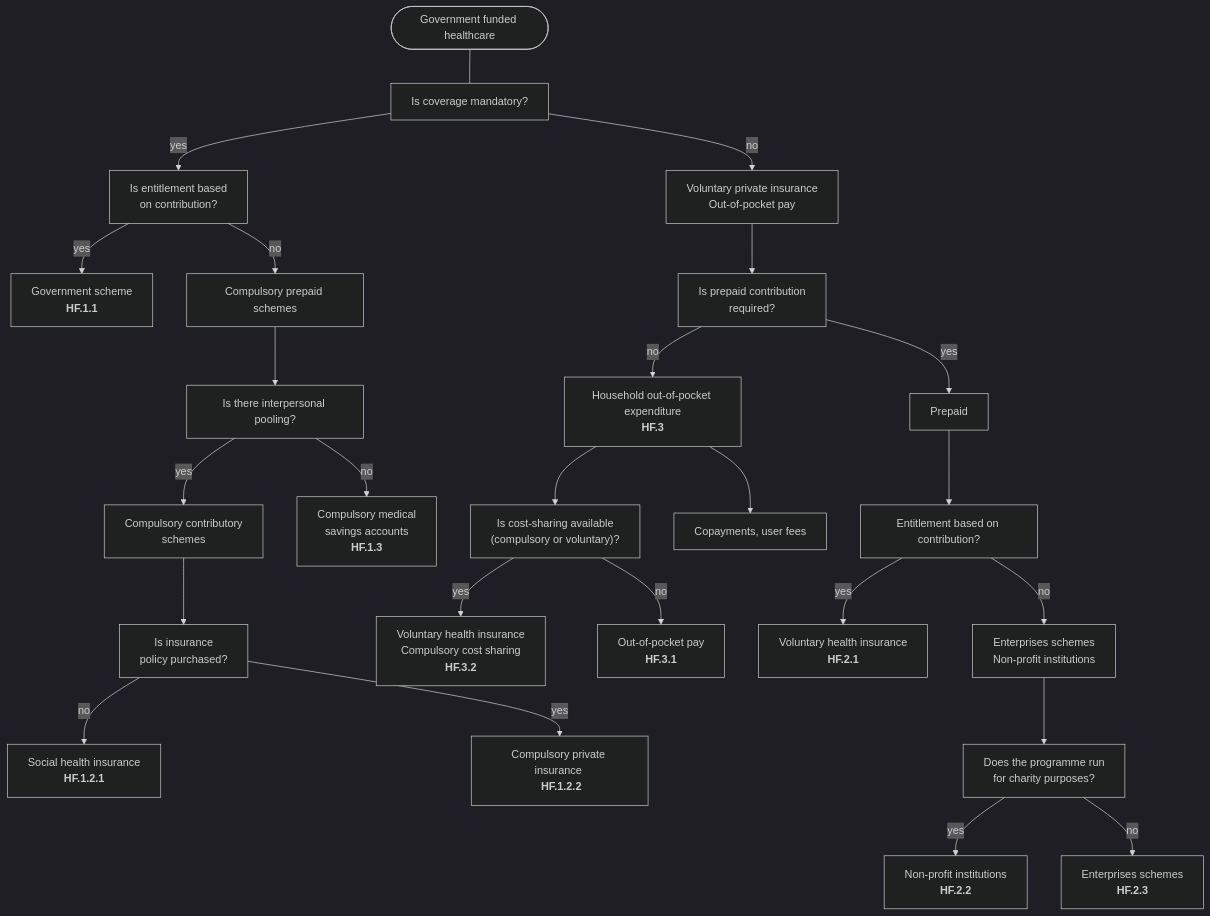
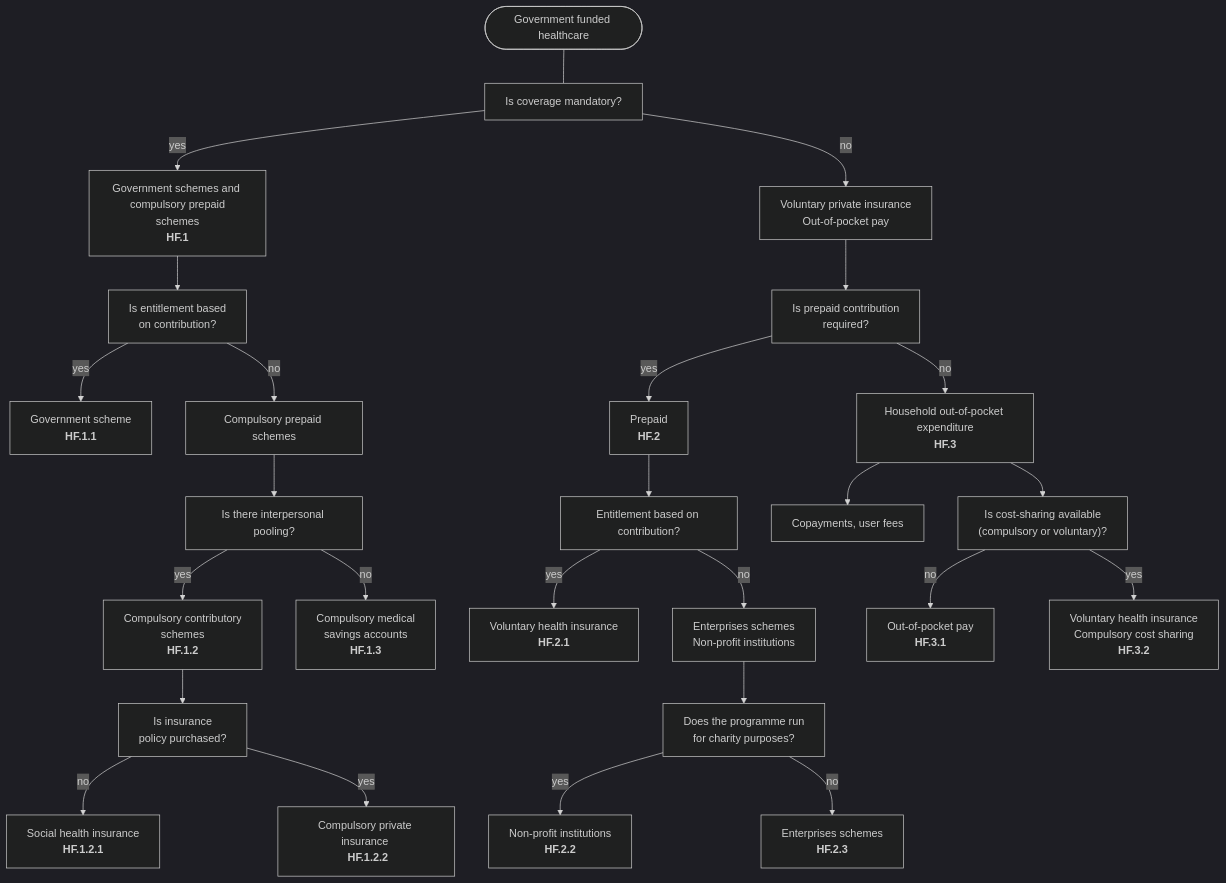
One commit to bisacciamd/bisacciamd.github.io changed the diagram in posts/healthcare-funding/index.qmd. Above: the diagram before and after it, drawn with Mermaid (dark theme). The commit also changed 2 other files, not shown here.

Commit message:
amended mermaid -2

````diff
--- a/posts/healthcare-funding/index.qmd
+++ b/posts/healthcare-funding/index.qmd
@@ -98,29 +98,30 @@
 ```{mermaid}
 graph TD
     
     title([Government funded healthcare]) --- F[Is coverage mandatory?]
-    F -->|yes| d[Is entitlement based \n on contribution?]
+    F -->|yes| hf1[Government schemes and \n compulsory prepaid schemes\n<b>HF.1</b>\n]
+    hf1 --> d[Is entitlement based \n on contribution?]
     F -->|no| b[Voluntary private insurance \n Out-of-pocket pay] 
     d -->|yes| h[Government scheme\n<b>HF.1.1</b>]
     d -->|no| u[Compulsory prepaid schemes]
     u --> pooling[Is there interpersonal pooling?]
-    pooling -->|yes| compcontr[Compulsory contributory \n schemes]
+    pooling -->|yes| compcontr[Compulsory contributory \n schemes \n <b>HF.1.2</b>]
     compcontr --> policy[Is insurance\npolicy purchased?]
     policy -->|no| shi["Social health insurance \n <b>HF.1.2.1</b>"]
     policy -->|yes| comppri[Compulsory private insurance \n <b>HF.1.2.2</b>]
     pooling -->|no| cmsa[Compulsory medical \n savings accounts \n <b>HF.1.3</b>]
     b --> c[Is prepaid contribution \n required?]
-    c -->|yes| e[Prepaid]
-    c -->|no| oop[Household out-of-pocket expenditure\n<b>HF.3</b>]
-    oop --> cs["Is cost-sharing available\n(compulsory or voluntary)?"]
-    oop --> cop[Copayments, user fees] 
-    cs -->|yes| ccs[Voluntary health insurance \n Compulsory cost sharing\n<b>HF.3.2</b>]
-    cs -->|no| oop2[Out-of-pocket pay\n<b>HF.3.1</b>]
-    e --> f[Entitlement based on contribution?]
+    c -->|yes| e[Prepaid\n<b>HF.2</b>]
     f -->|yes| vol[Voluntary health insurance\n<b>HF.2.1</b>]
     f -->|no| ent[Enterprises schemes \n Non-profit institutions]
+    c -->|no| oop[Household out-of-pocket expenditure\n<b>HF.3</b>]
+    oop --> cop[Copayments, user fees] 
+    oop --> cs["Is cost-sharing available\n(compulsory or voluntary)?"]
+    cs -->|no| oop2[Out-of-pocket pay\n<b>HF.3.1</b>]
+    cs -->|yes| ccs[Voluntary health insurance \n Compulsory cost sharing\n<b>HF.3.2</b>]
+    e --> f[Entitlement based on contribution?]
     ent --> char[Does the programme run \n for charity purposes?]
     char -->|yes| nonpr[Non-profit institutions\n<b>HF.2.2</b>]
     char -->|no| pr[Enterprises schemes\n<b>HF.2.3</b>]
     
 ```
````
